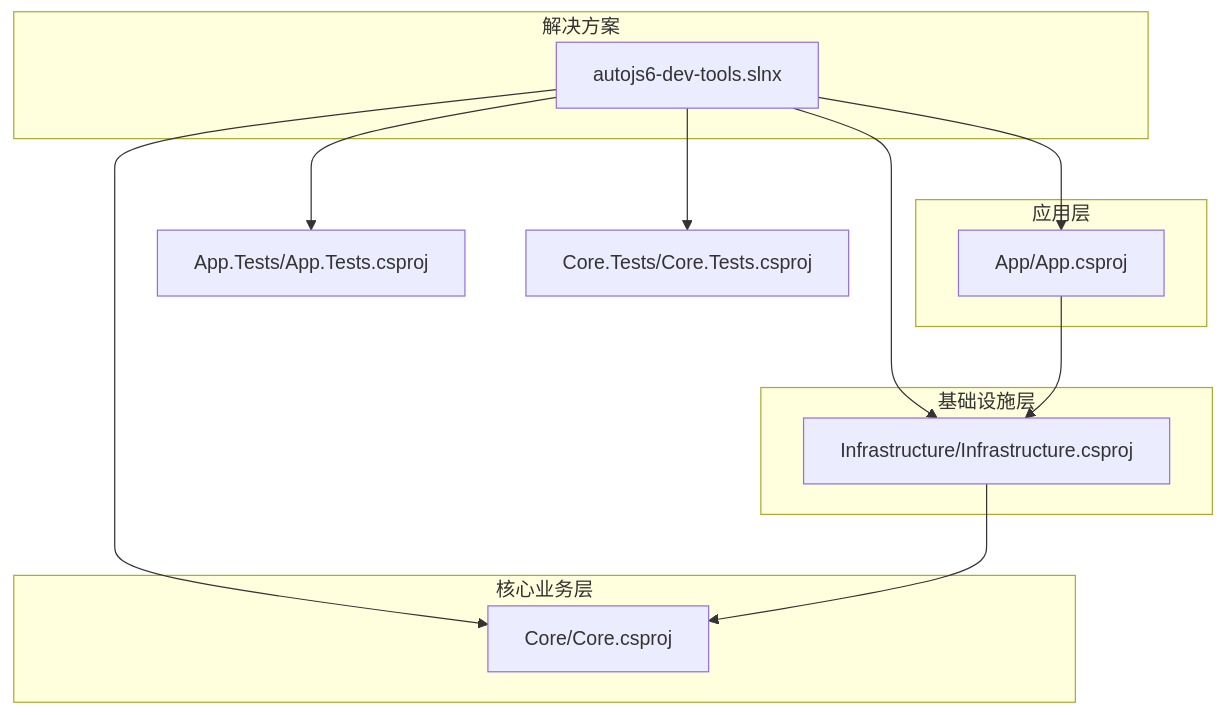
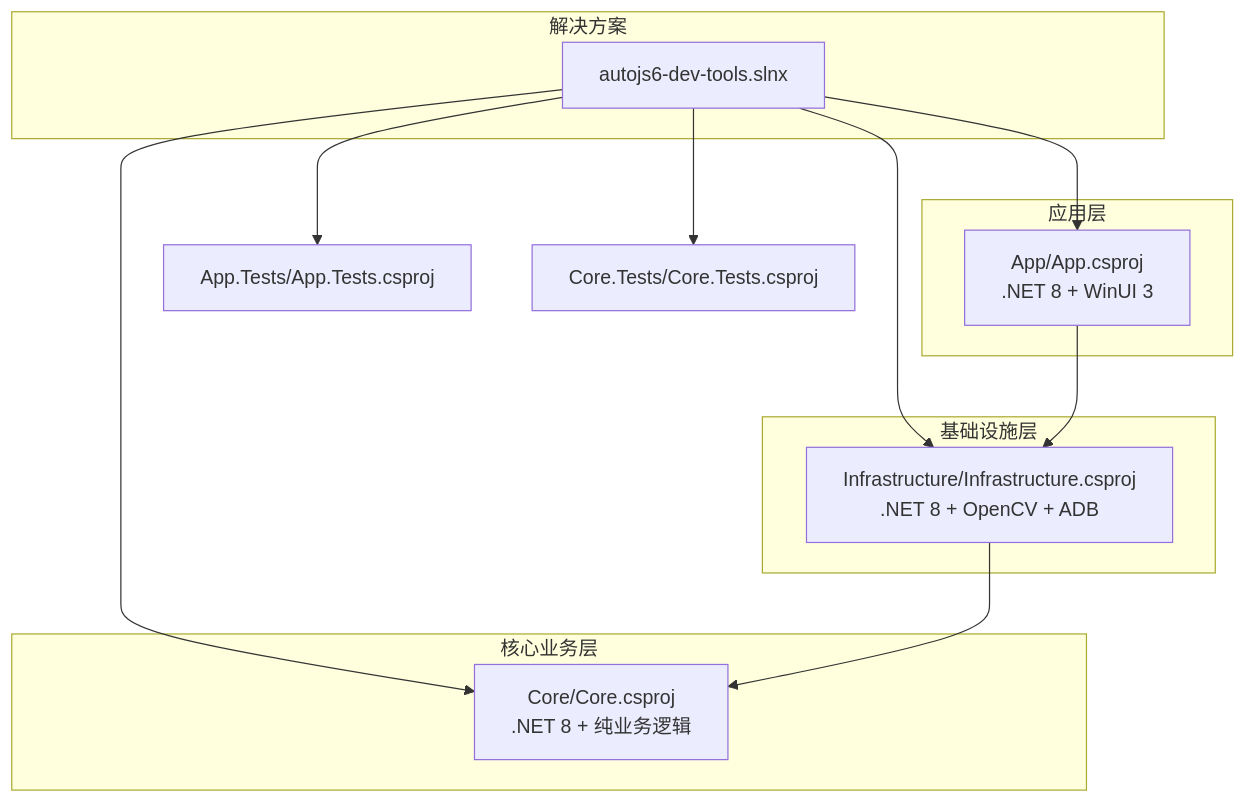
Before and after one commit to terwer/autojs6-dev-tools: the first of 5 diagrams in .qoder/repowiki/zh/content/项目概述/快速开始.md, drawn with Mermaid. The commit also changed other lines of this file and 5 other files, not shown here.

````diff
--- a/.qoder/repowiki/zh/content/项目概述/快速开始.md
+++ b/.qoder/repowiki/zh/content/项目概述/快速开始.md
@@ -53,24 +62,24 @@
 ```mermaid
 graph TB
 subgraph "解决方案"
 SLNX["autojs6-dev-tools.slnx"]
 end
 subgraph "应用层"
-APP["App/App.csproj"]
+APP["App/App.csproj<br/>.NET 8 + WinUI 3"]
 end
 subgraph "基础设施层"
-INFRA["Infrastructure/Infrastructure.csproj"]
+INFRA["Infrastructure/Infrastructure.csproj<br/>.NET 8 + OpenCV + ADB"]
 end
 subgraph "核心业务层"
-CORE["Core/Core.csproj"]
+CORE["Core/Core.csproj<br/>.NET 8 + 纯业务逻辑"]
 end
 TEST_APP["App.Tests/App.Tests.csproj"]
 TEST_CORE["Core.Tests/Core.Tests.csproj"]
 SLNX --> APP
 SLNX --> INFRA
 SLNX --> CORE
 SLNX --> TEST_APP
 SLNX --> TEST_CORE
 APP --> INFRA
 INFRA --> CORE
 ```
````
